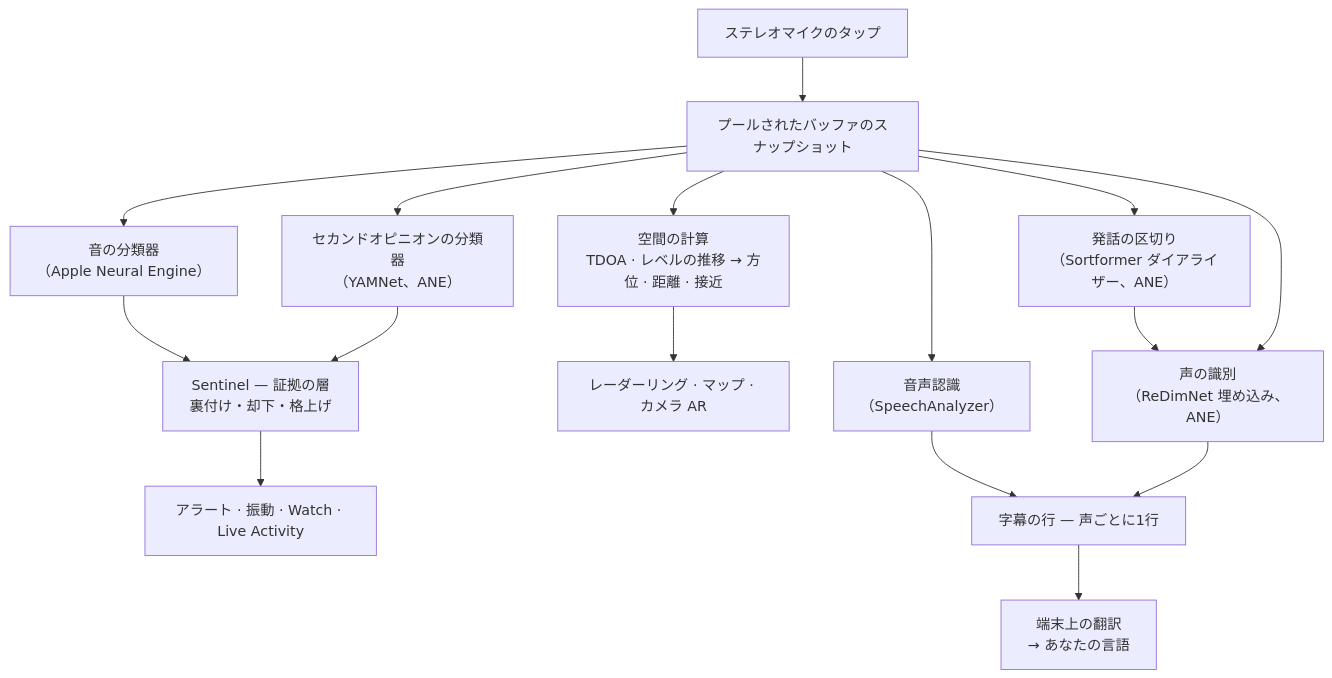
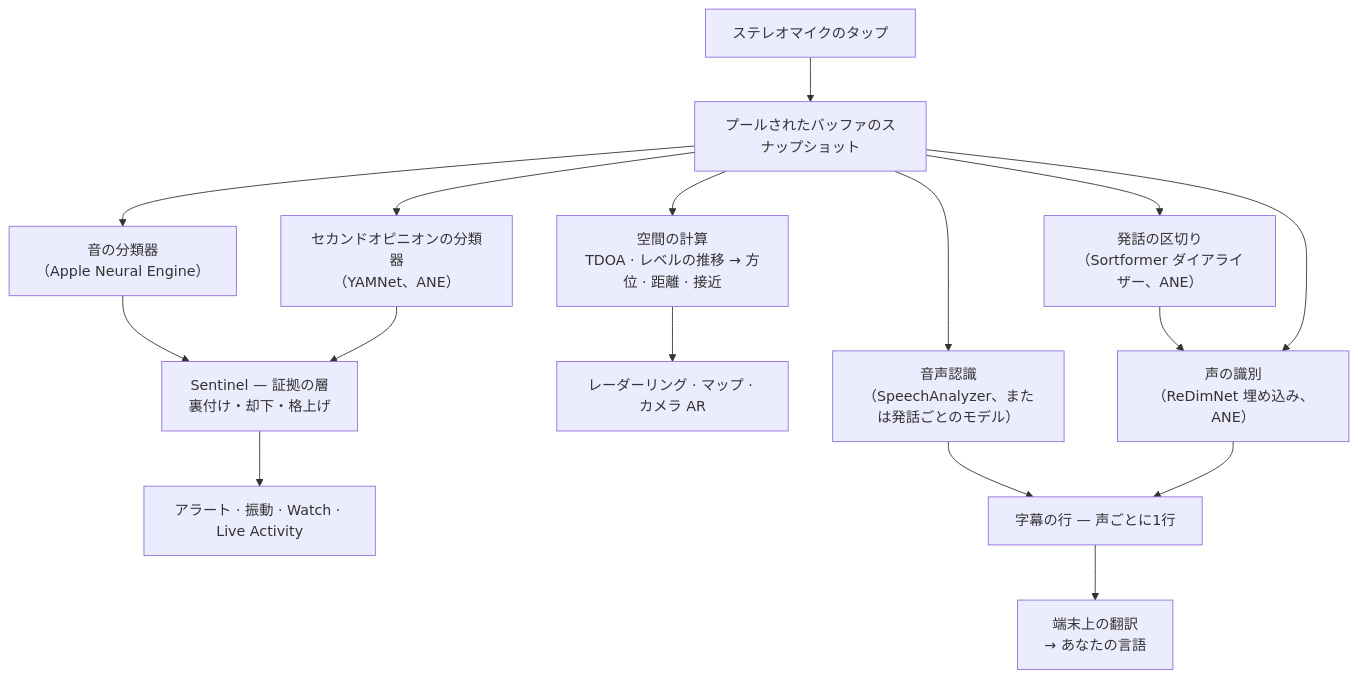
The second of 4 diagrams in README_ja.md (rpalm01-star/VigilantEarLegal), drawn with Mermaid before and after one commit. The commit also changed other lines of this file and 14 other files, not shown here.

````diff
--- a/README_ja.md
+++ b/README_ja.md
@@ -134,18 +145,18 @@
 ```mermaid
 graph TD
     A["ステレオマイクのタップ"] --> B["プールされたバッファのスナップショット"]
     B --> C["音の分類器<br/>（Apple Neural Engine）"]
     B --> Y["セカンドオピニオンの分類器<br/>（YAMNet、ANE）"]
     C --> S["Sentinel — 証拠の層<br/>裏付け・却下・格上げ"]
     Y --> S
     S --> H["アラート · 振動 · Watch · Live Activity"]
     B --> D["空間の計算<br/>TDOA · レベルの推移 → 方位 · 距離 · 接近"]
     D --> R["レーダーリング · マップ · カメラ AR"]
-    B --> F["音声認識<br/>（SpeechAnalyzer）"]
+    B --> F["音声認識<br/>（SpeechAnalyzer、または発話ごとのモデル）"]
     B --> N["発話の区切り<br/>（Sortformer ダイアライザー、ANE）"]
     N --> E["声の識別<br/>（ReDimNet 埋め込み、ANE）"]
     B --> E
     F --> G["字幕の行 — 声ごとに1行"]
     E --> G
     G --> T["端末上の翻訳<br/>→ あなたの言語"]
 ```
````
